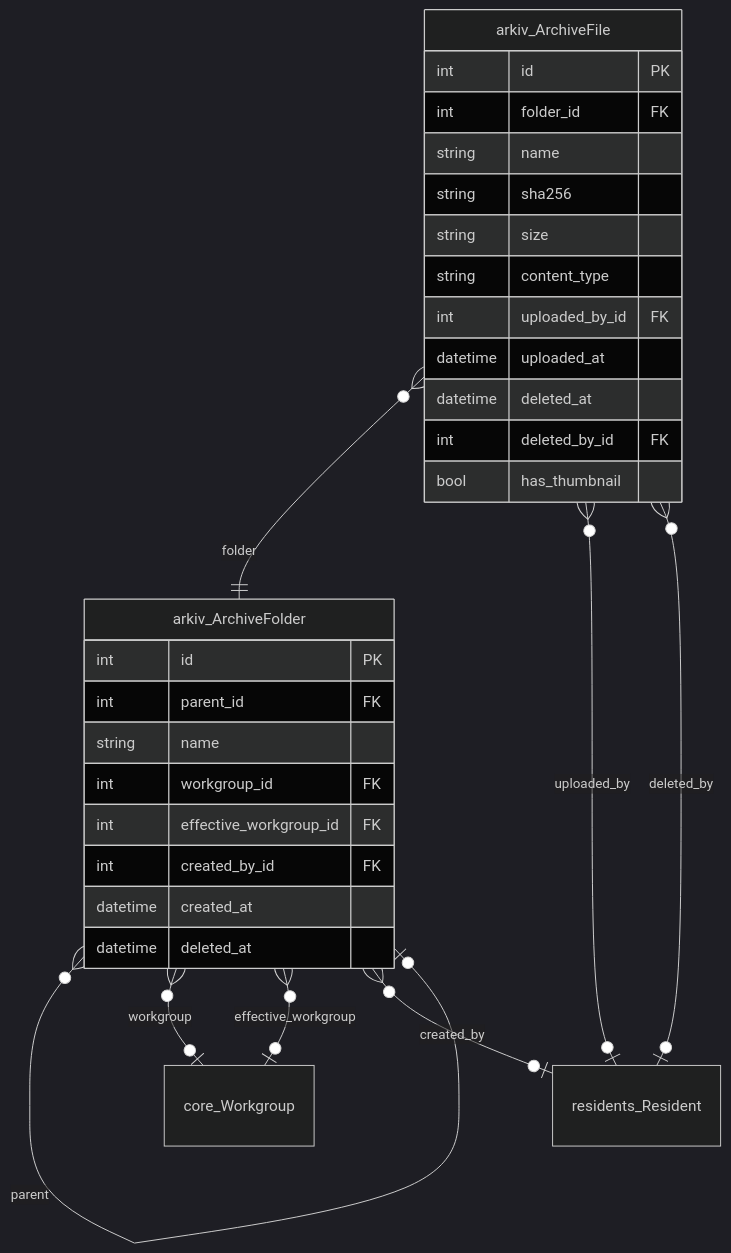
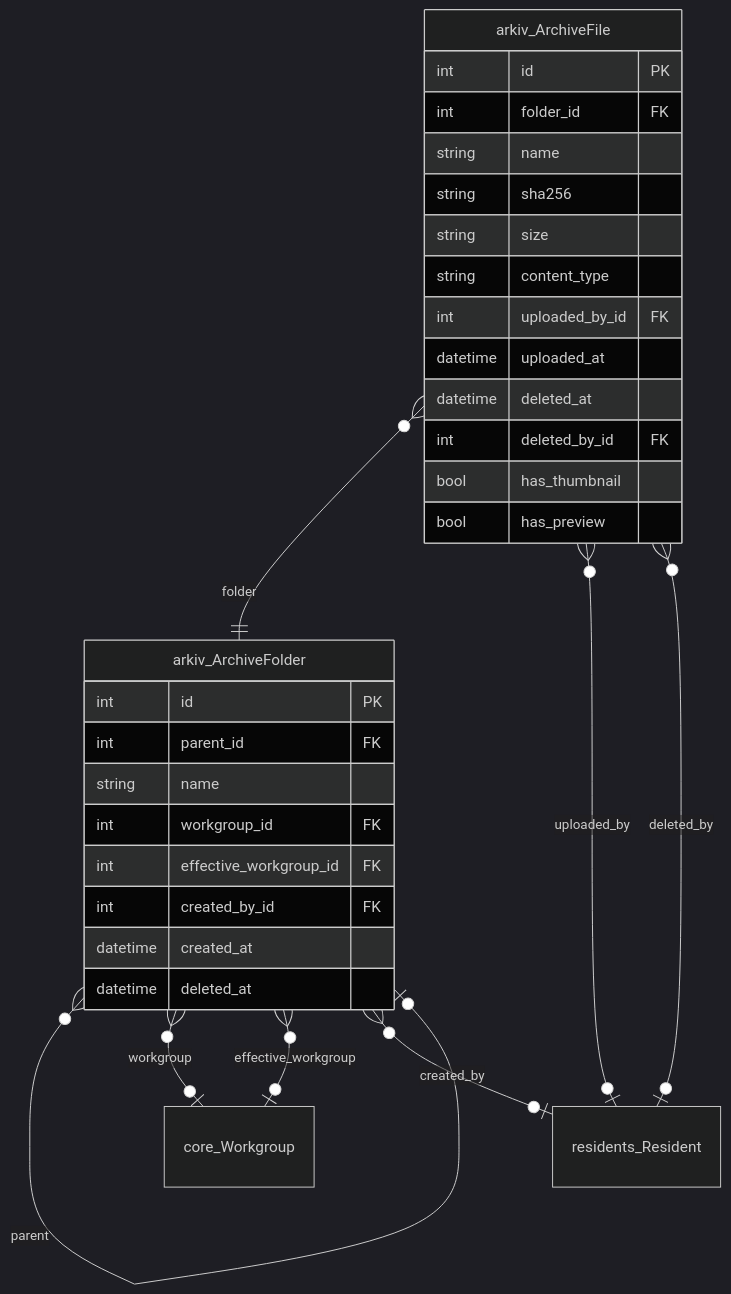
Before and after one commit to GAHK-org/gahk_intern: the fourth of 14 diagrams in docs/erd.md, drawn with Mermaid (dark theme). The commit also changed other lines of this file and 4 other files, not shown here.

````diff
--- a/docs/erd.md
+++ b/docs/erd.md
@@ -673,39 +674,40 @@
 ```mermaid
 erDiagram
     arkiv_ArchiveFolder {
         int id PK
         int parent_id FK
         string name
         int workgroup_id FK
         int effective_workgroup_id FK
         int created_by_id FK
         datetime created_at
         datetime deleted_at
     }
 
     arkiv_ArchiveFile {
         int id PK
         int folder_id FK
         string name
         string sha256
         string size
         string content_type
         int uploaded_by_id FK
         datetime uploaded_at
         datetime deleted_at
         int deleted_by_id FK
         bool has_thumbnail
+        bool has_preview
     }
 
     core_Workgroup { }
 
     residents_Resident { }
 
     arkiv_ArchiveFolder }o--|o arkiv_ArchiveFolder : "parent"
     arkiv_ArchiveFolder }o--|o core_Workgroup : "workgroup"
     arkiv_ArchiveFolder }o--|o core_Workgroup : "effective_workgroup"
     arkiv_ArchiveFolder }o--|o residents_Resident : "created_by"
     arkiv_ArchiveFile }o--|| arkiv_ArchiveFolder : "folder"
     arkiv_ArchiveFile }o--|o residents_Resident : "uploaded_by"
     arkiv_ArchiveFile }o--|o residents_Resident : "deleted_by"
 ```
````
